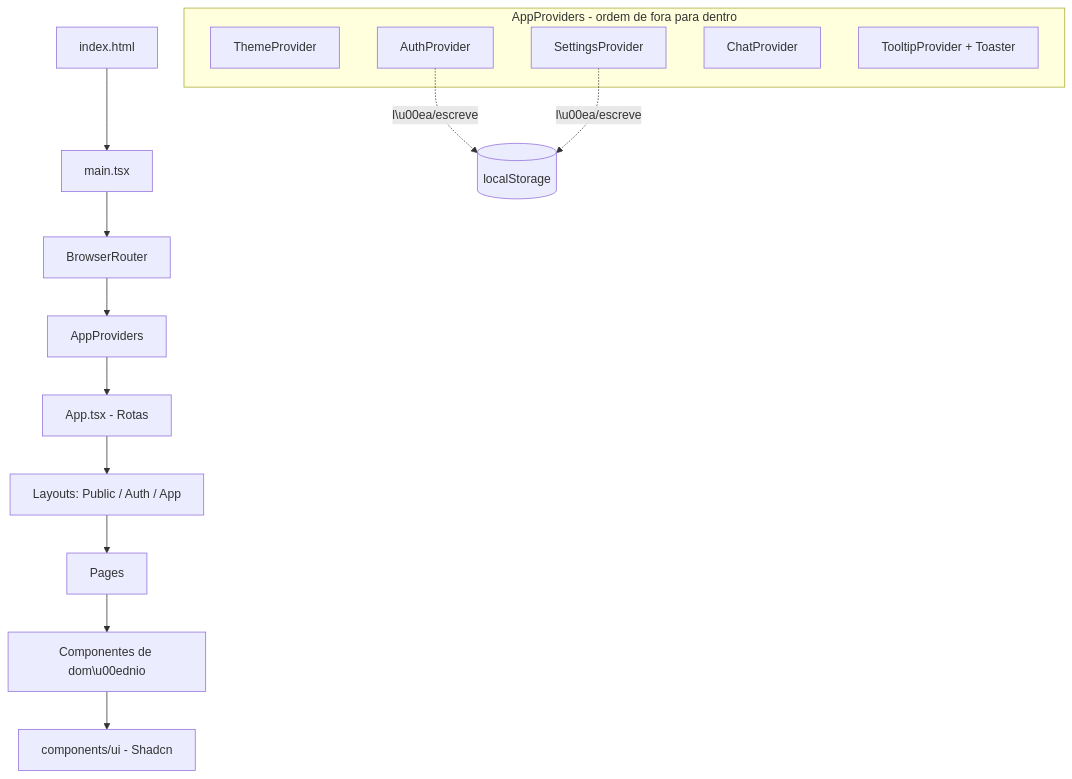
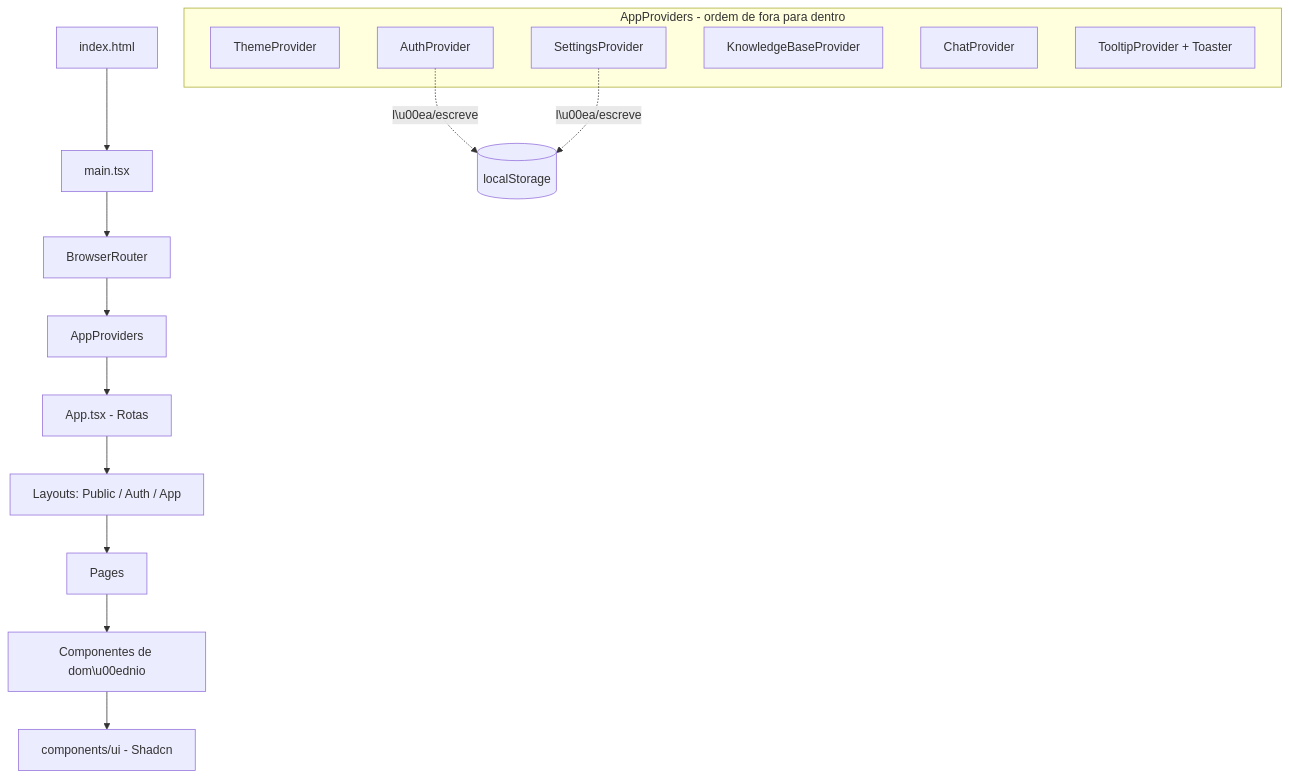
One commit to FilipeTenedini/agentic changed the first of 3 diagrams in documentation/ARQUITETURA.md. Above: the diagram before and after it, drawn with Mermaid. The commit also changed other lines of this file and 145 other files, not shown here.

````diff
--- a/documentation/ARQUITETURA.md
+++ b/documentation/ARQUITETURA.md
@@ -81,23 +81,24 @@
 ```mermaid
 flowchart TB
     HTML[index.html] --> Main[main.tsx]
     Main --> Router[BrowserRouter]
     Router --> Providers[AppProviders]
     Providers --> App[App.tsx - Rotas]
 
     subgraph Providers_box [AppProviders - ordem de fora para dentro]
         Theme[ThemeProvider]
         Auth[AuthProvider]
         Settings[SettingsProvider]
+        Knowledge[KnowledgeBaseProvider]
         Chat[ChatProvider]
         Tooltip[TooltipProvider + Toaster]
     end
 
     App --> Layouts[Layouts: Public / Auth / App]
     Layouts --> Pages[Pages]
     Pages --> Components[Componentes de dom\u00ednio]
     Components --> UI[components/ui - Shadcn]
 
     Auth -. l\u00ea/escreve .-> LS[(localStorage)]
     Settings -. l\u00ea/escreve .-> LS
 ```
````
